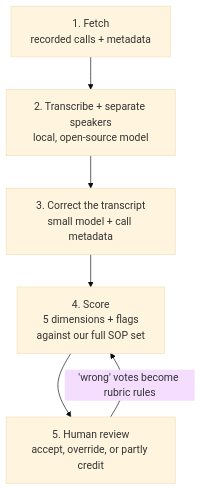
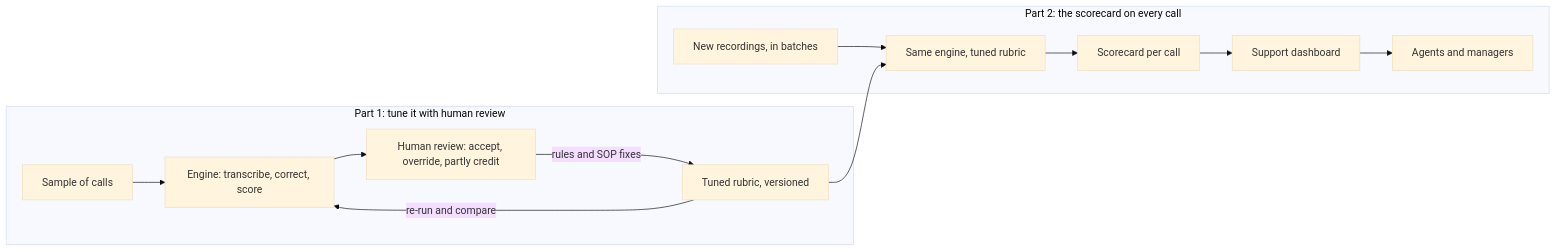
Before and after one commit to mananritwik/call-qa-pipeline: the diagram in README.md, drawn with Mermaid (base theme). The commit also changed other lines of this file, not shown here.

First line of the commit message:
Restructure case study into tuning and scorecard parts

````diff
--- a/README.md
+++ b/README.md
@@ -17,8 +19,16 @@
 ```mermaid
-flowchart TD
-  A["1. Fetch<br/>recorded calls + metadata"] --> B["2. Transcribe + separate speakers<br/>local, open-source model"]
-  B --> C["3. Correct the transcript<br/>small model + call metadata"]
-  C --> D["4. Score<br/>5 dimensions + flags<br/>against our full SOP set"]
-  D --> E["5. Human review<br/>accept, override, or partly credit"]
-  E -->|"'wrong' votes become rubric rules"| D
+flowchart LR
+  subgraph P1["Part 1: tune it with human review"]
+    S["Sample of calls"] --> E["Engine: transcribe, correct, score"]
+    E --> R["Human review: accept, override, partly credit"]
+    R -->|"rules and SOP fixes"| V["Tuned rubric, versioned"]
+    V -->|"re-run and compare"| E
+  end
+  subgraph P2["Part 2: the scorecard on every call"]
+    N["New recordings, in batches"] --> E2["Same engine, tuned rubric"]
+    E2 --> SC["Scorecard per call"]
+    SC --> D["Support dashboard"]
+    D --> A["Agents and managers"]
+  end
+  V --> E2
 ```
````
